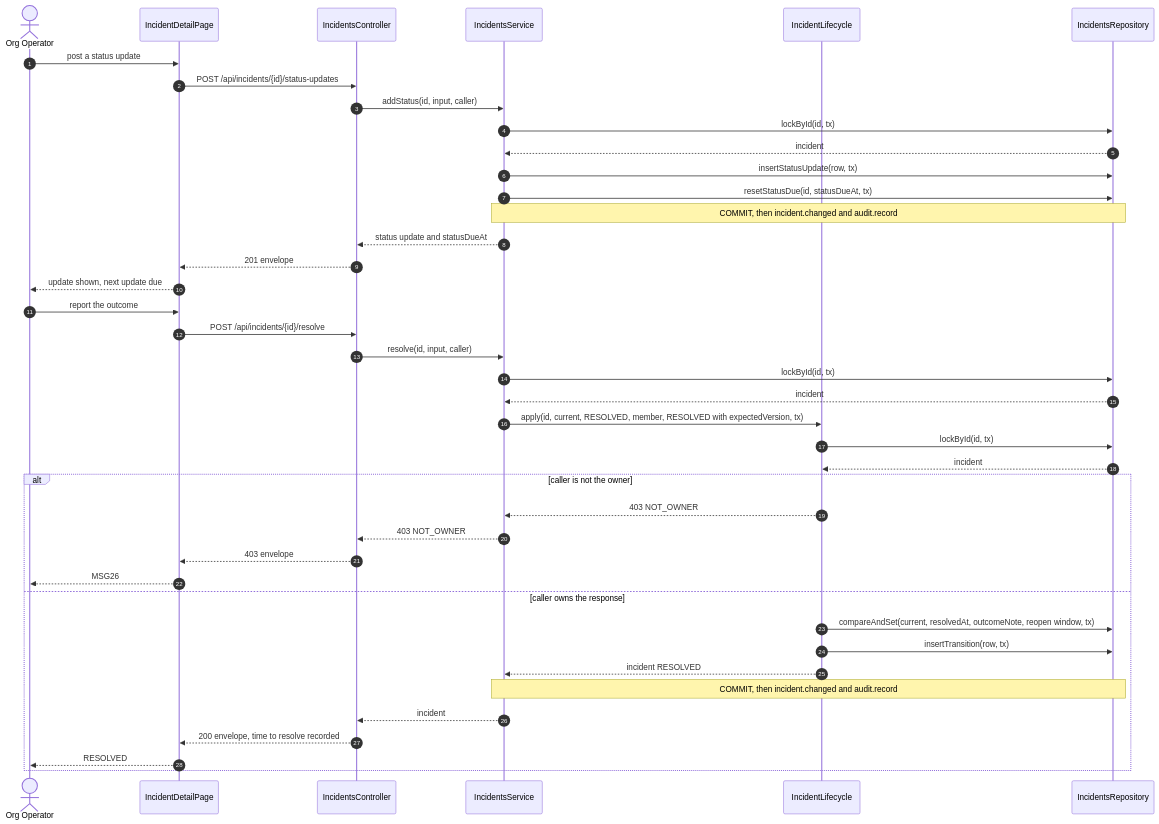
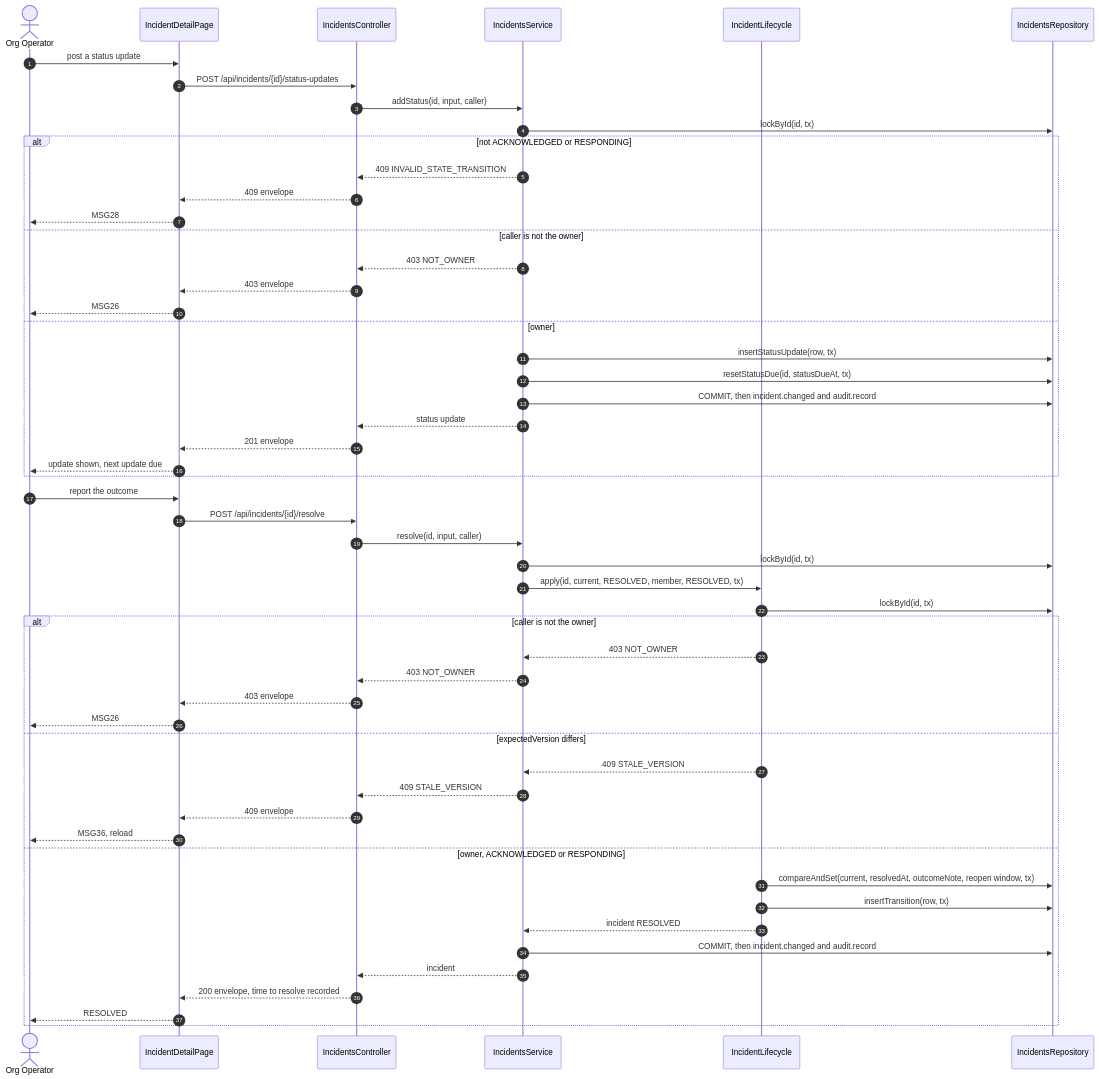
Before and after one commit to TrekLink-Team/treklink-web: the ninth of 10 diagrams in specs/incidents/design.md, drawn with Mermaid. The commit also changed other lines of this file and 8 other files, not shown here.

First line of the commit message:
docs: draw every failure branch in the incidents sequences

````diff
--- a/specs/incidents/design.md
+++ b/specs/incidents/design.md
@@ -517,43 +546,55 @@
 ```mermaid
 sequenceDiagram
     autonumber
     actor Op as Org Operator
     participant P as IncidentDetailPage
     participant C as IncidentsController
     participant S as IncidentsService
     participant L as IncidentLifecycle
     participant R as IncidentsRepository
     Op->>P: post a status update
     P->>C: POST /api/incidents/{id}/status-updates
     C->>S: addStatus(id, input, caller)
     S->>R: lockById(id, tx)
-    R-->>S: incident
-    S->>R: insertStatusUpdate(row, tx)
-    S->>R: resetStatusDue(id, statusDueAt, tx)
-    Note over S,R: COMMIT, then incident.changed and audit.record
-    S-->>C: status update and statusDueAt
-    C-->>P: 201 envelope
-    P-->>Op: update shown, next update due
+    alt not ACKNOWLEDGED or RESPONDING
+        S-->>C: 409 INVALID_STATE_TRANSITION
+        C-->>P: 409 envelope
+        P-->>Op: MSG28
+    else caller is not the owner
+        S-->>C: 403 NOT_OWNER
+        C-->>P: 403 envelope
+        P-->>Op: MSG26
+    else owner
+        S->>R: insertStatusUpdate(row, tx)
+        S->>R: resetStatusDue(id, statusDueAt, tx)
+        S->>R: COMMIT, then incident.changed and audit.record
+        S-->>C: status update
+        C-->>P: 201 envelope
+        P-->>Op: update shown, next update due
+    end
     Op->>P: report the outcome
     P->>C: POST /api/incidents/{id}/resolve
     C->>S: resolve(id, input, caller)
     S->>R: lockById(id, tx)
-    R-->>S: incident
-    S->>L: apply(id, current, RESOLVED, member, RESOLVED with expectedVersion, tx)
+    S->>L: apply(id, current, RESOLVED, member, RESOLVED, tx)
     L->>R: lockById(id, tx)
-    R-->>L: incident
     alt caller is not the owner
         L-->>S: 403 NOT_OWNER
         S-->>C: 403 NOT_OWNER
         C-->>P: 403 envelope
         P-->>Op: MSG26
-    else caller owns the response
+    else expectedVersion differs
+        L-->>S: 409 STALE_VERSION
+        S-->>C: 409 STALE_VERSION
+        C-->>P: 409 envelope
+        P-->>Op: MSG36, reload
+    else owner, ACKNOWLEDGED or RESPONDING
         L->>R: compareAndSet(current, resolvedAt, outcomeNote, reopen window, tx)
         L->>R: insertTransition(row, tx)
         L-->>S: incident RESOLVED
-        Note over S,R: COMMIT, then incident.changed and audit.record
+        S->>R: COMMIT, then incident.changed and audit.record
         S-->>C: incident
         C-->>P: 200 envelope, time to resolve recorded
         P-->>Op: RESOLVED
     end
 ```
````
